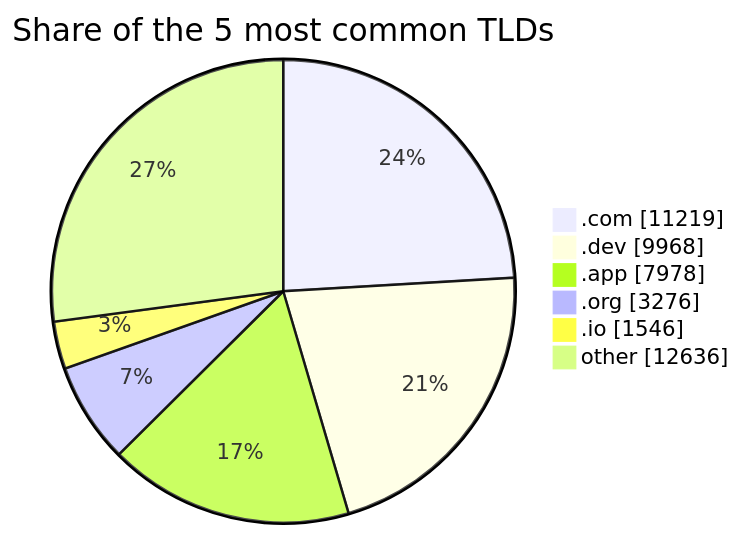
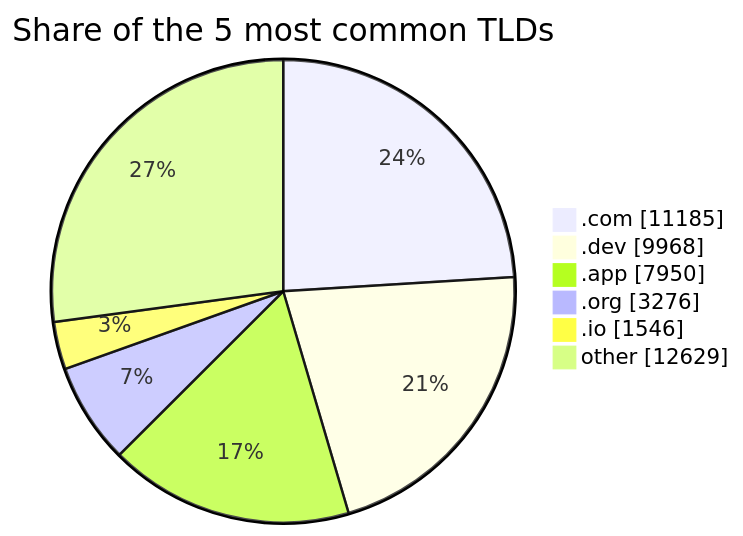
The third of 3 diagrams in README.md (DNSBunker/CTI), drawn with Mermaid before and after one commit. The commit also changed other lines of this file and 3 other files, not shown here.

````diff
--- a/README.md
+++ b/README.md
@@ -81,9 +81,9 @@
 ```mermaid
 pie showData title Share of the 5 most common TLDs
-    ".com" : 11219
+    ".com" : 11185
     ".dev" : 9968
-    ".app" : 7978
+    ".app" : 7950
     ".org" : 3276
     ".io" : 1546
-    "other" : 12636
+    "other" : 12629
 ```
````
